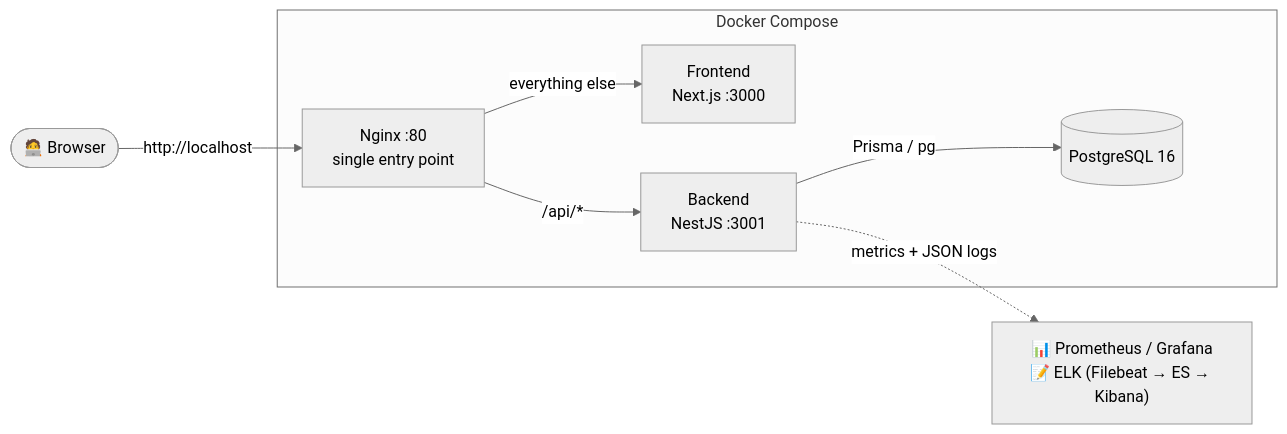
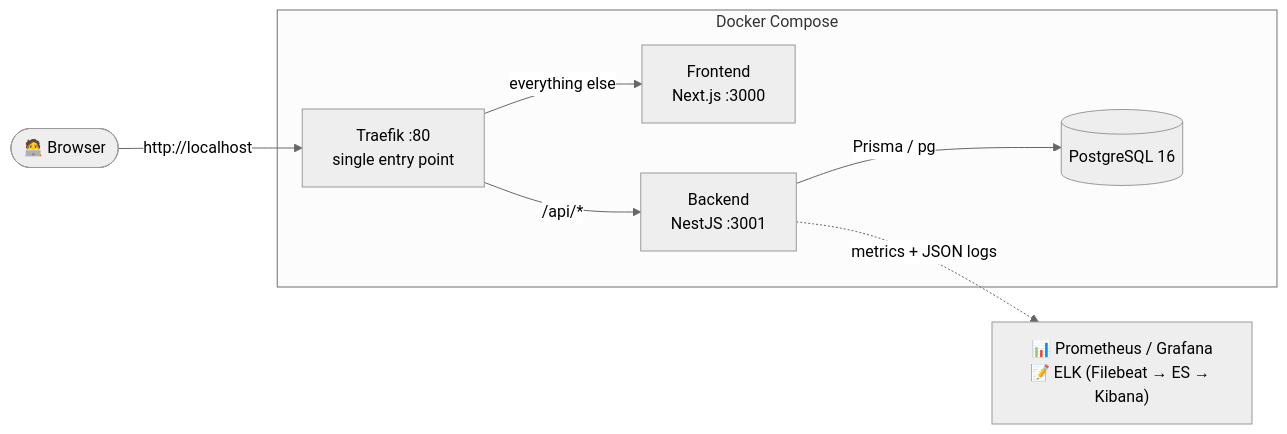
The diagram in docs/Home.md (dmytronedilko/meeting-room-booking), drawn with Mermaid (neutral theme) before and after one commit. The commit also changed other lines of this file and 21 other files, not shown here.

First line of the commit message:
feat(infra): replace Nginx reverse proxy with Traefik

````diff
--- a/docs/Home.md
+++ b/docs/Home.md
@@ -65,19 +65,19 @@
 ```mermaid
 flowchart LR
     Browser(["🧑‍💻 Browser"])
 
     subgraph stack["Docker Compose"]
-        Proxy["Nginx :80<br/>single entry point"]
+        Proxy["Traefik :80<br/>single entry point"]
         FE["Frontend<br/>Next.js :3000"]
         BE["Backend<br/>NestJS :3001"]
         DB[("PostgreSQL 16")]
     end
 
     Obs["📊 Prometheus / Grafana<br/>📝 ELK (Filebeat → ES → Kibana)"]
 
     Browser -->|http://localhost| Proxy
     Proxy -->|/api/*| BE
     Proxy -->|everything else| FE
     BE -->|Prisma / pg| DB
     BE -.->|metrics + JSON logs| Obs
 ```
````
